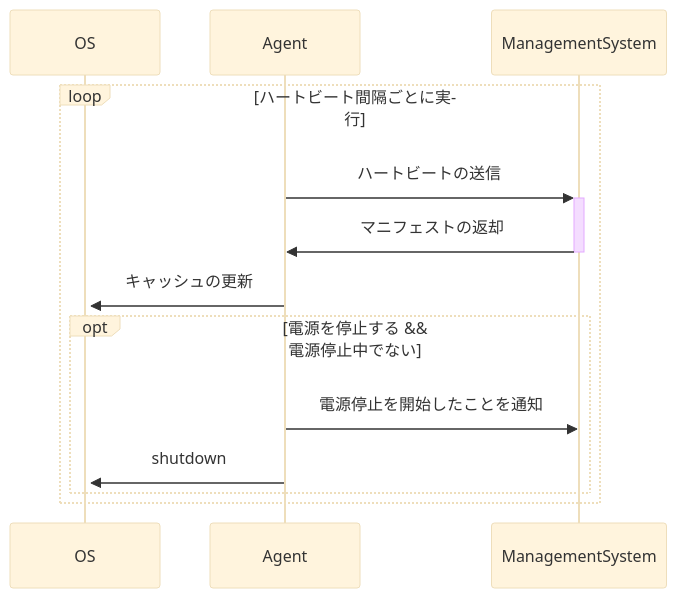
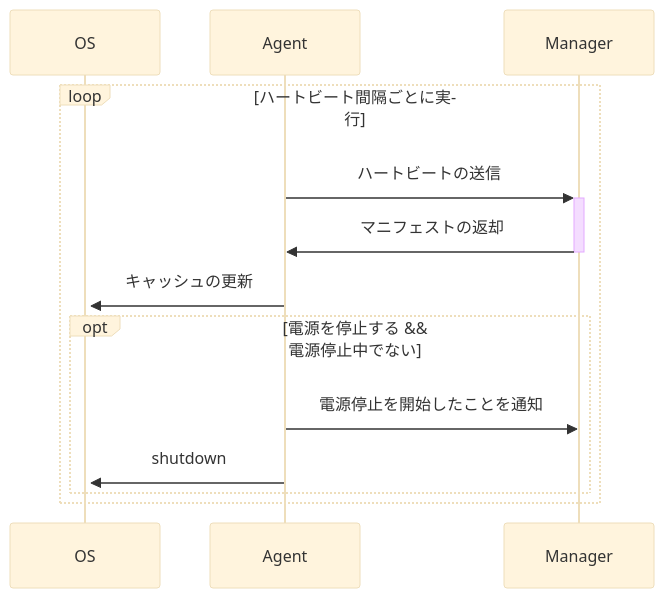
Before and after one commit to ichi-h/komoriuta: the first of 9 diagrams in README.md, drawn with Mermaid (base theme).

Commit message:
fix(要件定義): 用語の変更漏れ修正

````diff
--- a/README.md
+++ b/README.md
@@ -169,16 +169,16 @@
 ```mermaid
 sequenceDiagram
     participant OS
     participant Agent
-    participant ManagementSystem
+    participant Manager
 
     loop ハートビート間隔ごとに実行
-      Agent ->> +ManagementSystem: ハートビートの送信
-      ManagementSystem ->> -Agent: マニフェストの返却
+      Agent ->> +Manager: ハートビートの送信
+      Manager ->> -Agent: マニフェストの返却
       Agent ->> +OS: キャッシュの更新
       opt 電源を停止する && 電源停止中でない
-        Agent ->> ManagementSystem: 電源停止を開始したことを通知
+        Agent ->> Manager: 電源停止を開始したことを通知
         Agent ->> OS: shutdown
       end
     end
 ```
````
